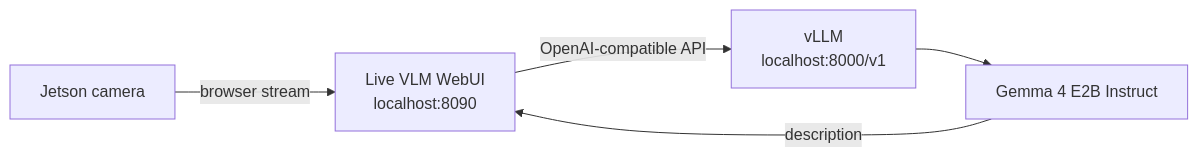
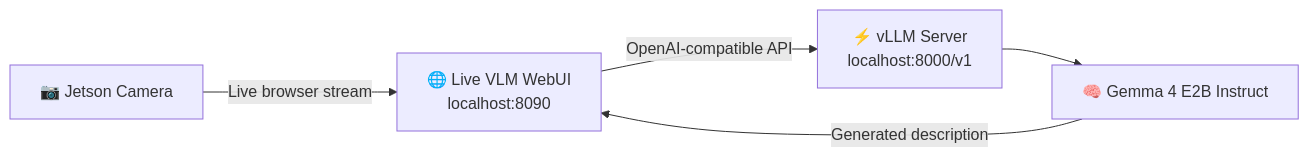
The diagram in README.md (vivek97vivu/vlm_jetson-gemma4), drawn with Mermaid before and after one commit. The commit also changed other lines of this file, not shown here.

````diff
--- a/README.md
+++ b/README.md
@@ -19,7 +31,7 @@
 ```mermaid
 flowchart LR
-    C[Jetson camera] -->|browser stream| W[Live VLM WebUI<br/>localhost:8090]
-    W -->|OpenAI-compatible API| V[vLLM<br/>localhost:8000/v1]
-    V --> M[Gemma 4 E2B Instruct]
-    M -->|description| W
+    A["📷 Jetson Camera"] -->|"Live browser stream"| B["🌐 Live VLM WebUI<br/>localhost:8090"]
+    B -->|"OpenAI-compatible API"| C["⚡ vLLM Server<br/>localhost:8000/v1"]
+    C --> D["🧠 Gemma 4 E2B Instruct"]
+    D -->|"Generated description"| B
 ```
````
